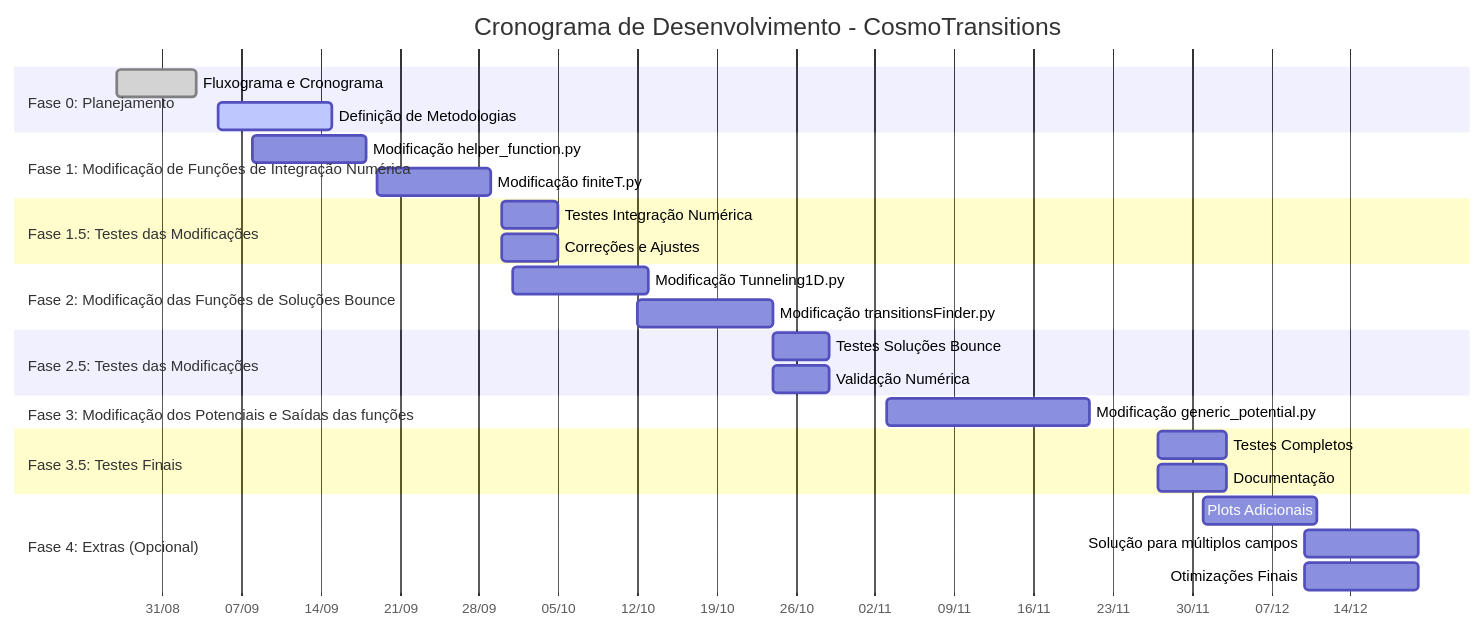
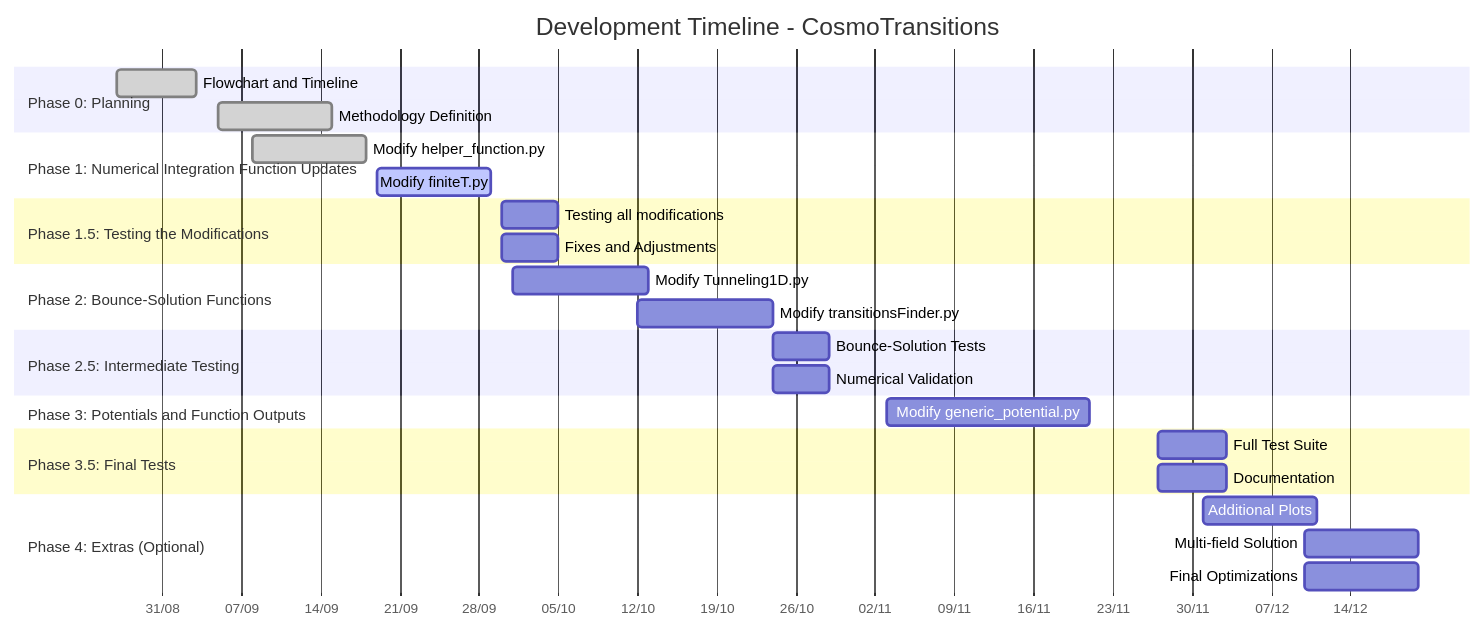
The second of 3 diagrams in README.md (IgorStellet/GW_FOPT_Simulation), drawn with Mermaid before and after one commit. The commit also changed other lines of this file, not shown here.

````diff
--- a/README.md
+++ b/README.md
@@ -90,38 +93,38 @@
 ```mermaid
 gantt
-    title Cronograma de Desenvolvimento - CosmoTransitions
+    title Development Timeline - CosmoTransitions
     dateFormat  YYYY-MM-DD
     axisFormat  %d/%m
     
-    section Fase 0: Planejamento
-    Fluxograma e Cronograma          :done, 2025-08-27, 7d
-    Definição de Metodologias        :active, 2025-09-05, 10d
+    section Phase 0: Planning
+    Flowchart and Timeline          :done, 2025-08-27, 7d
+    Methodology Definition          :done, 2025-09-05, 10d
     
-    section Fase 1: Modificação de Funções de Integração Numérica
-    Modificação helper_function.py            :2025-09-08, 10d
-    Modificação finiteT.py           :2025-09-19, 10d
+    section Phase 1: Numerical Integration Function Updates
+    Modify helper_function.py       :done, 2025-09-08, 10d
+    Modify finiteT.py               :active, 2025-09-19, 10d
     
-    section Fase 1.5: Testes das Modificações
-    Testes Integração Numérica       :2025-09-30, 5d
-    Correções e Ajustes              :2025-09-30, 5d
+    section Phase 1.5: Testing the Modifications
+    Testing all modifications       :2025-09-30, 5d
+    Fixes and Adjustments           :2025-09-30, 5d
     
-    section Fase 2: Modificação das Funções de Soluções Bounce
-    Modificação Tunneling1D.py       :2025-10-01, 12d
-    Modificação transitionsFinder.py :2025-10-12, 12d
+    section Phase 2: Bounce-Solution Functions
+    Modify Tunneling1D.py           :2025-10-01, 12d
+    Modify transitionsFinder.py     :2025-10-12, 12d
     
-    section Fase 2.5: Testes das Modificações
-    Testes Soluções Bounce           :2025-10-24, 5d
-    Validação Numérica               :2025-10-24, 5d
+    section Phase 2.5: Intermediate Testing
+    Bounce-Solution Tests           :2025-10-24, 5d
+    Numerical Validation            :2025-10-24, 5d
     
-    section Fase 3: Modificação dos Potenciais e Saídas das funções
-    Modificação generic_potential.py           :2025-11-03, 18d
+    section Phase 3: Potentials and Function Outputs
+    Modify generic_potential.py     :2025-11-03, 18d
     
-    section Fase 3.5: Testes Finais
-    Testes Completos                 :2025-11-27, 6d
-    Documentação                     :2025-11-27, 6d
+    section Phase 3.5: Final Tests
+    Full Test Suite                 :2025-11-27, 6d
+    Documentation                   :2025-11-27, 6d
     
-    section Fase 4: Extras (Opcional)
-    Plots Adicionais                 :2025-12-01, 10d
-    Solução para múltiplos campos    :2025-12-10, 10d
-    Otimizações Finais               :2025-12-10, 10d
+    section Phase 4: Extras (Optional)
+    Additional Plots                :2025-12-01, 10d
+    Multi-field Solution            :2025-12-10, 10d
+    Final Optimizations             :2025-12-10, 10d
 ```
````
